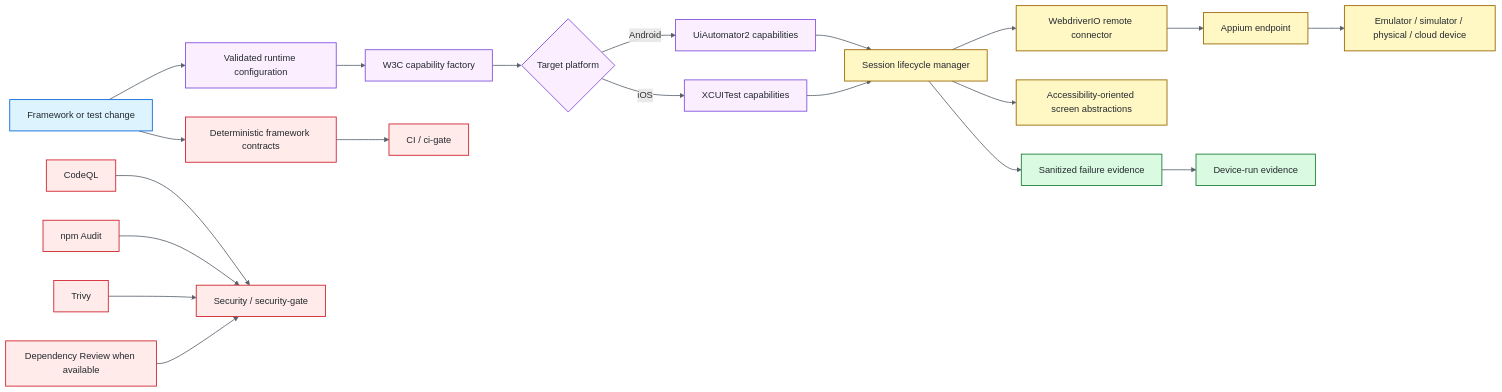
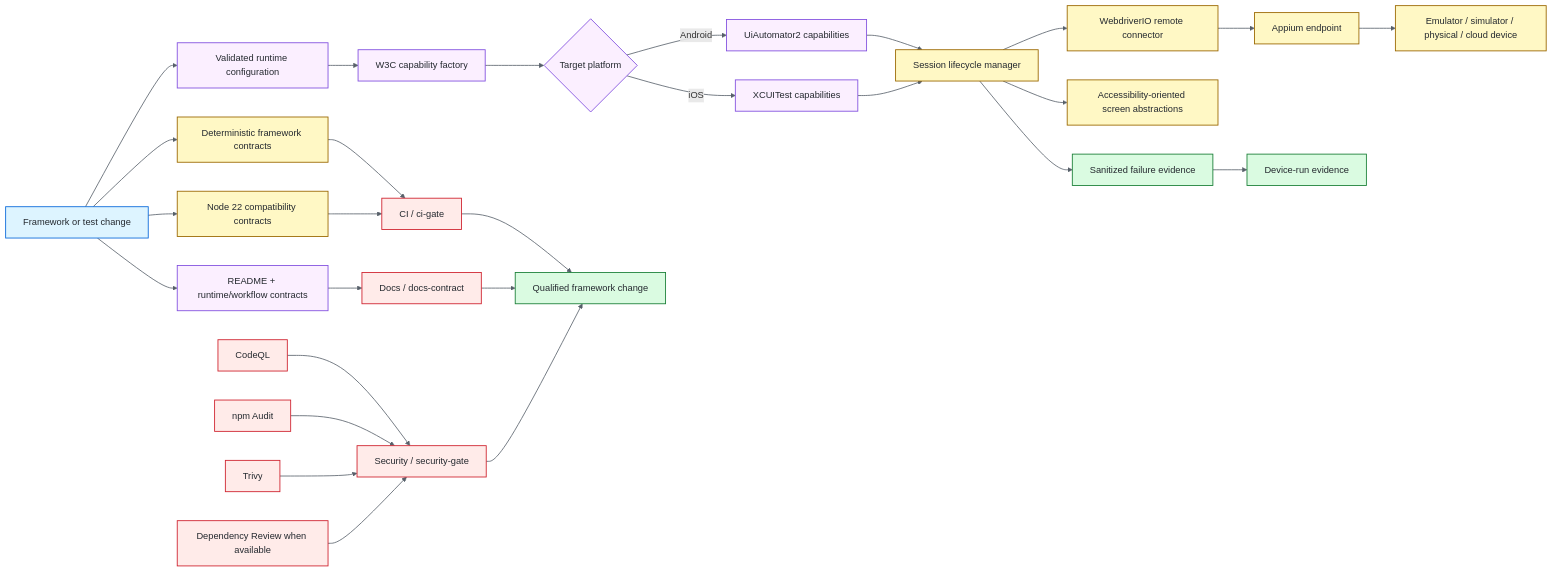
Before and after one commit to portyu9/qa-automation-mobile-appium: the diagram in README.md, drawn with Mermaid.

Commit message:
docs: align mobile Mermaid diagram with qualification gates

````diff
--- a/README.md
+++ b/README.md
@@ -42,36 +42,45 @@
 ```mermaid
 flowchart LR
     CHANGE[Framework or test change] --> CFG[Validated runtime configuration]
     CFG --> CAP[W3C capability factory]
     CAP --> PLATFORM{Target platform}
     PLATFORM -->|Android| UIA[UiAutomator2 capabilities]
     PLATFORM -->|iOS| XCU[XCUITest capabilities]
     UIA --> SESSION[Session lifecycle manager]
     XCU --> SESSION
     SESSION --> WDIO[WebdriverIO remote connector]
     WDIO --> APPIUM[Appium endpoint]
     APPIUM --> DEVICE[Emulator / simulator / physical / cloud device]
     SESSION --> SCREEN[Accessibility-oriented screen abstractions]
     SESSION --> EVIDENCE[Sanitized failure evidence]
 
     CHANGE --> CONTRACT[Deterministic framework contracts]
     CONTRACT --> GATE[CI / ci-gate]
+    CHANGE --> NODE22[Node 22 compatibility contracts]
+    NODE22 --> GATE
     EVIDENCE --> DEVICEOUT[Device-run evidence]
+
+    CHANGE --> DOCS[README + runtime/workflow contracts]
+    DOCS --> DG[Docs / docs-contract]
 
     SAST[CodeQL] --> SG[Security / security-gate]
     AUDIT[npm Audit] --> SG
     TRIVY[Trivy] --> SG
     REVIEW[Dependency Review when available] --> SG
+
+    GATE --> RESULT[Qualified framework change]
+    DG --> RESULT
+    SG --> RESULT
 
     classDef entry fill:#ddf4ff,stroke:#0969da,color:#24292f,stroke-width:1.5px;
     classDef policy fill:#fbefff,stroke:#8250df,color:#24292f,stroke-width:1.5px;
     classDef runtime fill:#fff8c5,stroke:#9a6700,color:#24292f,stroke-width:1.5px;
     classDef evidence fill:#dafbe1,stroke:#1a7f37,color:#24292f,stroke-width:1.5px;
     classDef gate fill:#ffebe9,stroke:#cf222e,color:#24292f,stroke-width:1.5px;
     class CHANGE entry;
-    class CFG,CAP,PLATFORM,UIA,XCU policy;
-    class SESSION,WDIO,APPIUM,DEVICE,SCREEN runtime;
-    class EVIDENCE,DEVICEOUT evidence;
-    class CONTRACT,GATE,SAST,AUDIT,TRIVY,REVIEW,SG gate;
+    class CFG,CAP,PLATFORM,UIA,XCU,DOCS policy;
+    class SESSION,WDIO,APPIUM,DEVICE,SCREEN,CONTRACT,NODE22 runtime;
+    class EVIDENCE,DEVICEOUT,RESULT evidence;
+    class GATE,DG,SAST,AUDIT,TRIVY,REVIEW,SG gate;
     linkStyle default stroke:#57606a,stroke-width:1.4px;
 ```
````
